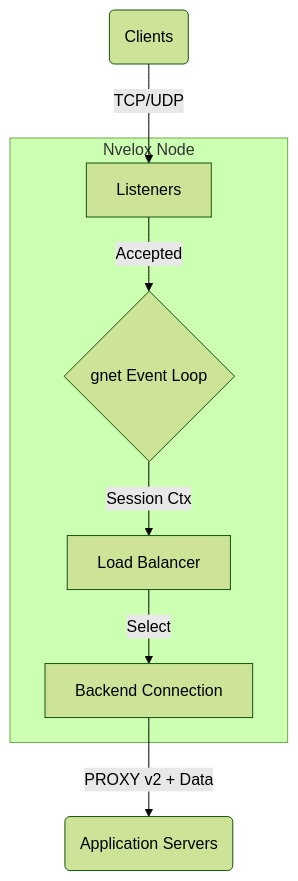
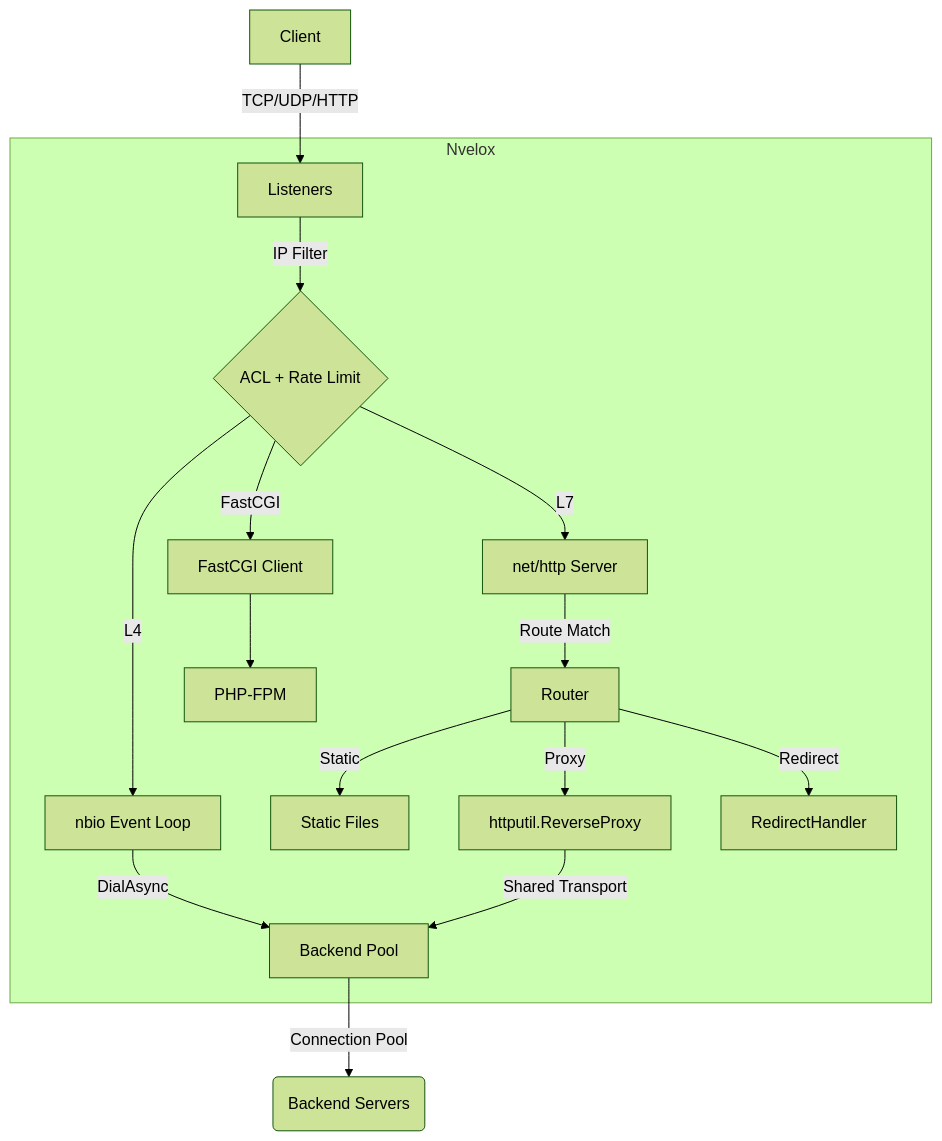
The diagram in README.md (nvelox/nvelox), drawn with Mermaid (forest theme) before and after one commit. The commit also changed other lines of this file and 130 other files, not shown here.

````diff
--- a/README.md
+++ b/README.md
@@ -36,10 +98,18 @@
 ```mermaid
 graph TD
-    Client(Clients) -->|TCP/UDP| Listeners
-    subgraph Nvelox Node
-        Listeners -->|Accepted| EventLoop{gnet Event Loop}
-        EventLoop -->|Session Ctx| LB[Load Balancer]
-        LB -->|Select| BackendConn[Backend Connection]
+    Client -->|TCP/UDP/HTTP| Listeners
+    subgraph Nvelox
+        Listeners -->|IP Filter| ACL{ACL + Rate Limit}
+        ACL -->|L4| NBIOEngine[nbio Event Loop]
+        ACL -->|L7| HTTPServer[net/http Server]
+        ACL -->|FastCGI| FCGIClient[FastCGI Client]
+        HTTPServer -->|Route Match| Router
+        Router -->|Static| FileServer[Static Files]
+        Router -->|Proxy| ReverseProxy[httputil.ReverseProxy]
+        Router -->|Redirect| RedirectHandler
+        NBIOEngine -->|DialAsync| BackendPool
+        ReverseProxy -->|Shared Transport| BackendPool[Backend Pool]
+        FCGIClient --> PHPFPM[PHP-FPM]
     end
-    BackendConn -->|PROXY v2 + Data| AppServers(Application Servers)
+    BackendPool -->|Connection Pool| Backends(Backend Servers)
 ```
````
